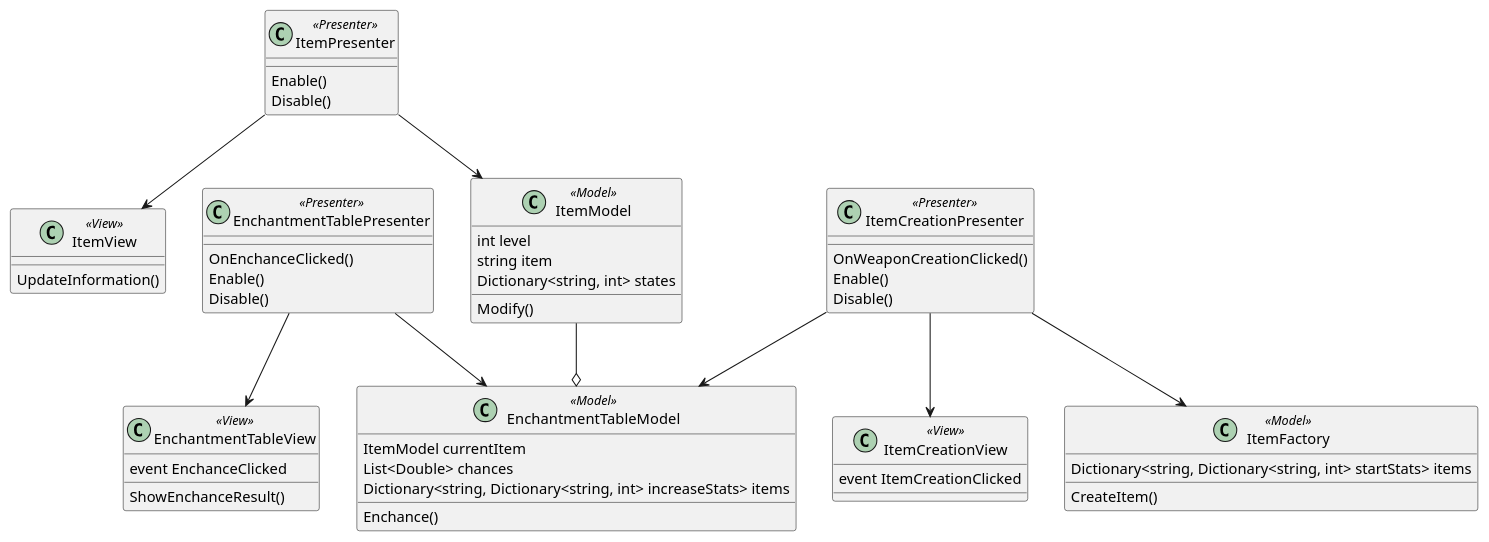
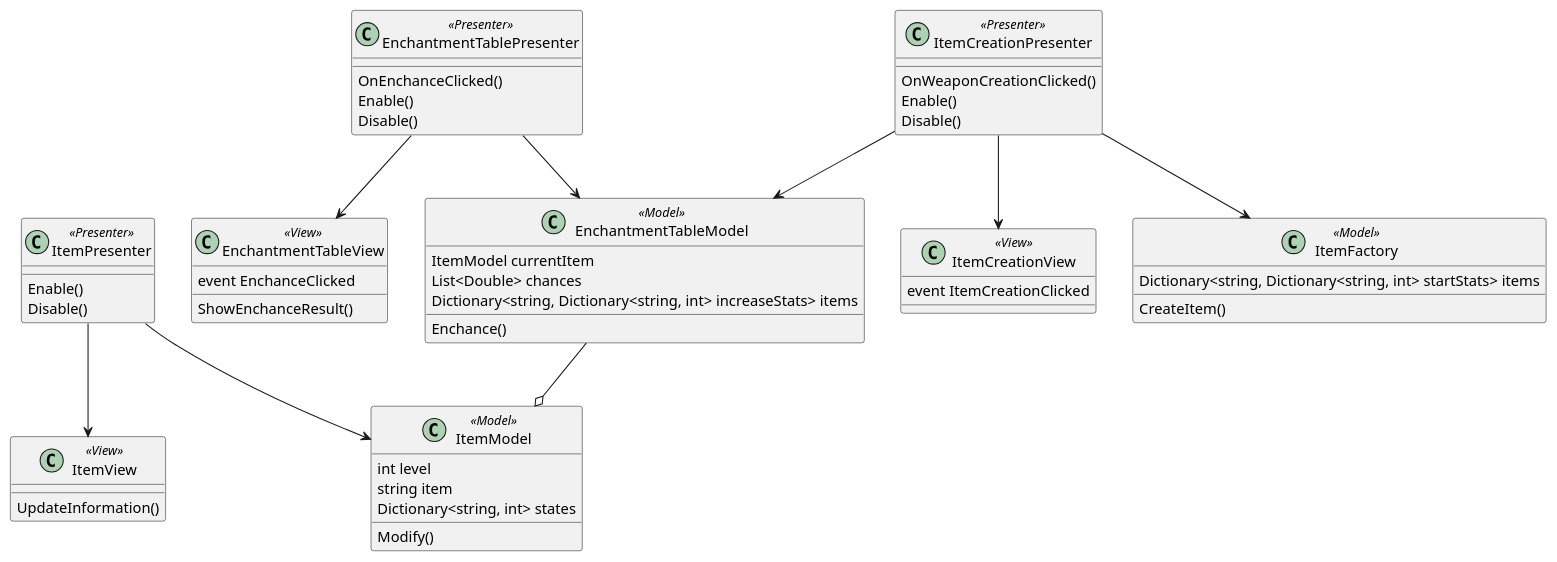
One commit to DmitryDemenkov/Enchantment changed the diagram in Docs/ClassDiagram.puml. Above: the diagram before and after it, drawn with PlantUML. The commit also changed 1 other file, not shown here.

Commit message:
[Refactoring] Diagram

```diff
--- a/Docs/ClassDiagram.puml
+++ b/Docs/ClassDiagram.puml
@@ -1,69 +1,69 @@
 @startuml
 class ItemView <<View>>
 {
     {method} UpdateInformation()
 }
 class ItemPresenter <<Presenter>>
 {
     {method} Enable()
     {method} Disable()
 }
 class ItemModel <<Model>>
 {
     {field} int level
     {field} string item
     {field} Dictionary<string, int> states
     {method} Modify()
 }
 
 class EnchantmentTableView <<View>>
 {
     event EnchanceClicked
     {method} ShowEnchanceResult()
 }
 class EnchantmentTablePresenter <<Presenter>>
 {
     {method} OnEnchanceClicked()
     {method} Enable()
     {method} Disable()
 }
 class EnchantmentTableModel <<Model>>
 {
     {field} ItemModel currentItem
     {field}List<Double> chances
     {field}Dictionary<string, Dictionary<string, int> increaseStats> items
     {method} Enchance()
 }
 
 class ItemСreationView <<View>>
 {
     event ItemСreationClicked
 }
 class ItemСreationPresenter <<Presenter>>
 {
     {method} OnWeaponCreationClicked()
     {method} Enable()
     {method} Disable()
 }
 class ItemFactory <<Model>>
 {
     {field}Dictionary<string, Dictionary<string, int> startStats> items
     {method}CreateItem()
 }
 
 
 ItemPresenter --> ItemView
 ItemPresenter --> ItemModel
 
 EnchantmentTablePresenter --> EnchantmentTableView
 EnchantmentTablePresenter --> EnchantmentTableModel
 
 ItemСreationPresenter --> ItemСreationView
 ItemСreationPresenter --> ItemFactory
 ItemСreationPresenter --> EnchantmentTableModel
 
-ItemModel --o EnchantmentTableModel
+EnchantmentTableModel --o ItemModel
 
 'hide <<View>>
 'hide <<Presenter>>
 @enduml
```
